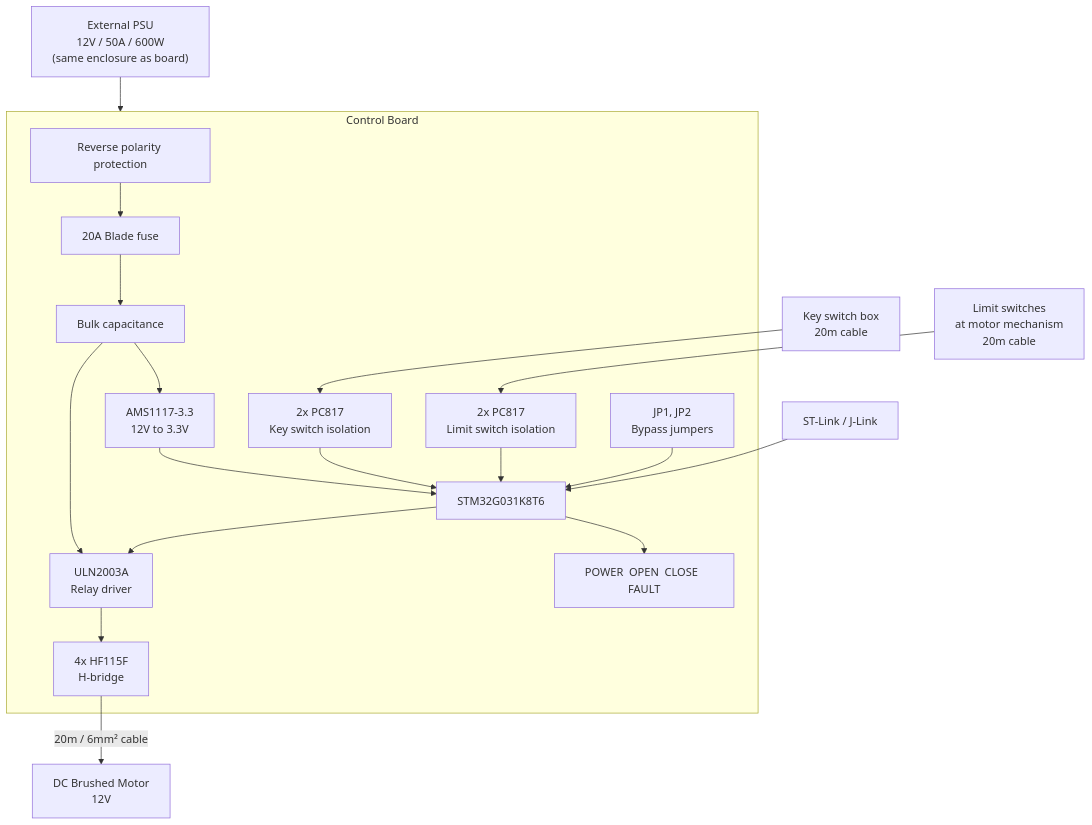
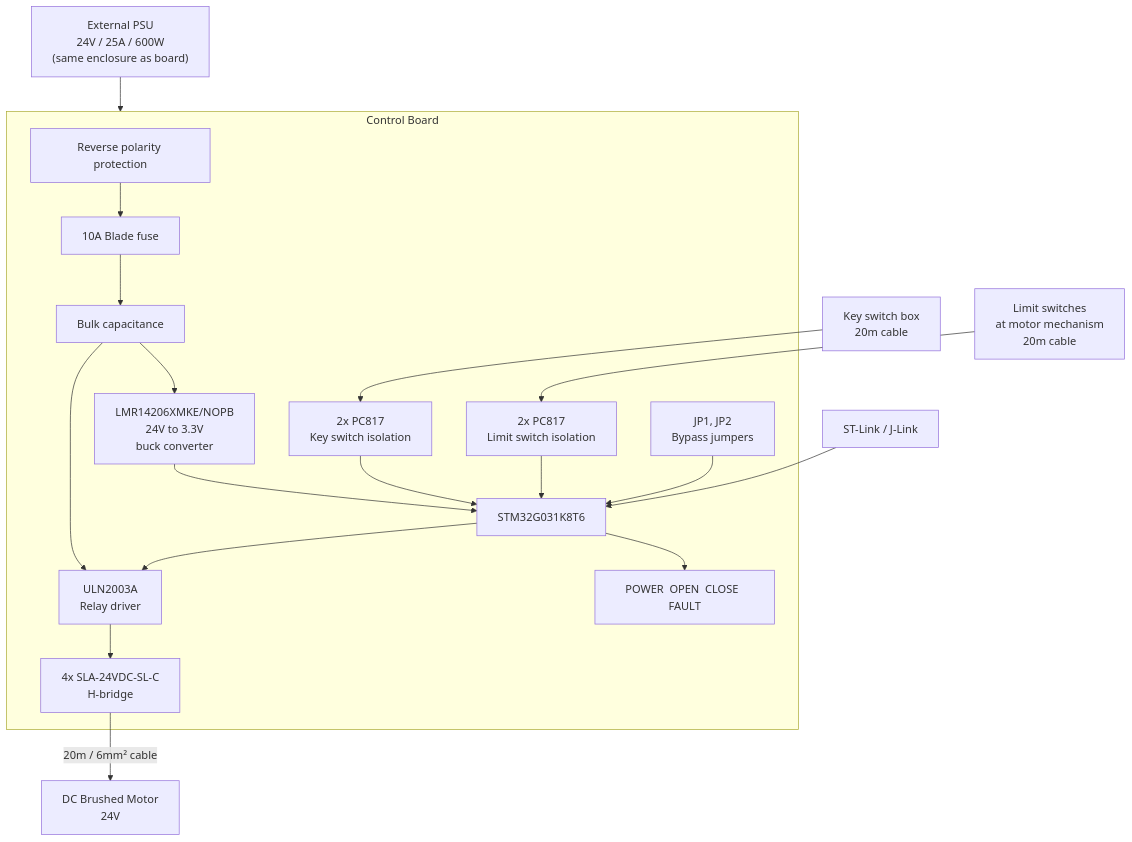
The first of 9 diagrams in DESIGN.md (gonzafernan/pool-cover-control), drawn with Mermaid before and after one commit. The commit also changed other lines of this file and 4 other files, not shown here.

Commit message:
feat(hardware): implement SC1 power tree schematic

````diff
--- a/DESIGN.md
+++ b/DESIGN.md
@@ -11,34 +11,34 @@
 ```mermaid
 flowchart TB
-    PSU["External PSU\n12V / 50A / 600W\n(same enclosure as board)"]
+    PSU["External PSU\n24V / 25A / 600W\n(same enclosure as board)"]
 
     PSU --> BOARD
 
     subgraph BOARD["Control Board"]
         PFET["Reverse polarity protection"]
-        FUSE["20A Blade fuse"]
+        FUSE["10A Blade fuse"]
         BULK["Bulk capacitance"]
-        LDO["AMS1117-3.3\n12V to 3.3V"]
+        BUCK["LMR14206XMKE/NOPB\n24V to 3.3V\nbuck converter"]
         ULN["ULN2003A\nRelay driver"]
         MCU["STM32G031K8T6"]
-        RL["4x HF115F\nH-bridge"]
+        RL["4x SLA-24VDC-SL-C\nH-bridge"]
         OC_K["2x PC817\nKey switch isolation"]
         OC_L["2x PC817\nLimit switch isolation"]
         JP["JP1, JP2\nBypass jumpers"]
         LEDS["POWER  OPEN  CLOSE  FAULT"]
 
         PFET --> FUSE --> BULK
-        BULK --> LDO --> MCU
+        BULK --> BUCK --> MCU
         BULK --> ULN
         MCU --> ULN --> RL
         OC_K --> MCU
         OC_L --> MCU
         JP --> MCU
         MCU --> LEDS
     end
 
-    RL -->|"20m / 6mm² cable"| MOTOR["DC Brushed Motor\n12V"]
+    RL -->|"20m / 6mm² cable"| MOTOR["DC Brushed Motor\n24V"]
     KEY["Key switch box\n20m cable"] --> OC_K
     LS["Limit switches\nat motor mechanism\n20m cable"] --> OC_L
     SWD["ST-Link / J-Link"] --> MCU
 ```
````
